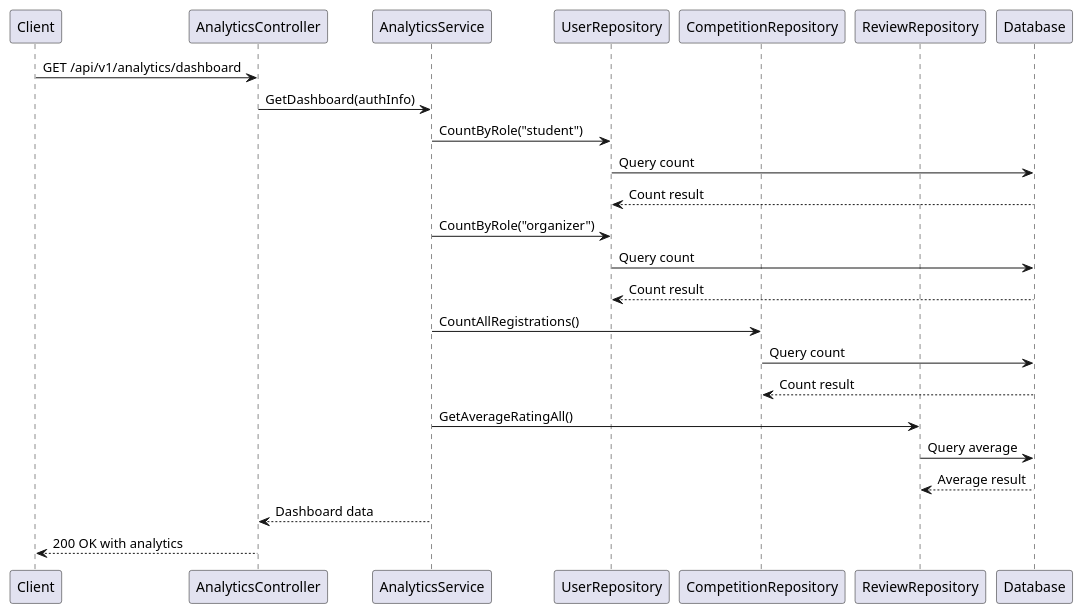
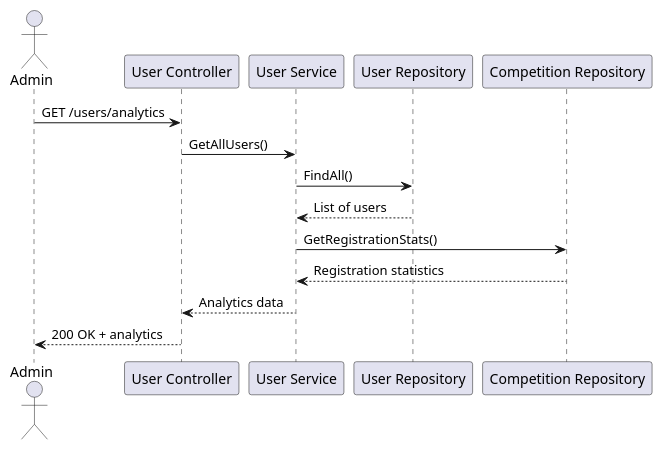
One commit to YukLomba/BE-YukLomba changed the diagram in docs/sequence_diagrams/get_analytics.puml. Above: the diagram before and after it, drawn with PlantUML. The commit also changed 15 other files, not shown here.

Commit message:
add diagram

```diff
--- a/docs/sequence_diagrams/get_analytics.puml
+++ b/docs/sequence_diagrams/get_analytics.puml
@@ -1,26 +1,18 @@
-@startuml
-participant Client
-participant AnalyticsController
-participant AnalyticsService
-participant UserRepository
-participant CompetitionRepository
-participant ReviewRepository
-participant Database
+@startuml Get Analytics Sequence
 
-Client -> AnalyticsController: GET /api/v1/analytics/dashboard
-AnalyticsController -> AnalyticsService: GetDashboard(authInfo)
-AnalyticsService -> UserRepository: CountByRole("student")
-UserRepository -> Database: Query count
-Database --> UserRepository: Count result
-AnalyticsService -> UserRepository: CountByRole("organizer")
-UserRepository -> Database: Query count
-Database --> UserRepository: Count result
-AnalyticsService -> CompetitionRepository: CountAllRegistrations()
-CompetitionRepository -> Database: Query count
-Database --> CompetitionRepository: Count result
-AnalyticsService -> ReviewRepository: GetAverageRatingAll()
-ReviewRepository -> Database: Query average
-Database --> ReviewRepository: Average result
-AnalyticsService --> AnalyticsController: Dashboard data
-AnalyticsController --> Client: 200 OK with analytics
+actor Admin
+participant "User Controller" as UC
+participant "User Service" as US
+participant "User Repository" as UR
+participant "Competition Repository" as CR
+
+Admin -> UC: GET /users/analytics
+UC -> US: GetAllUsers()
+US -> UR: FindAll()
+UR --> US: List of users
+US -> CR: GetRegistrationStats()
+CR --> US: Registration statistics
+US --> UC: Analytics data
+UC --> Admin: 200 OK + analytics
+
 @enduml
```
